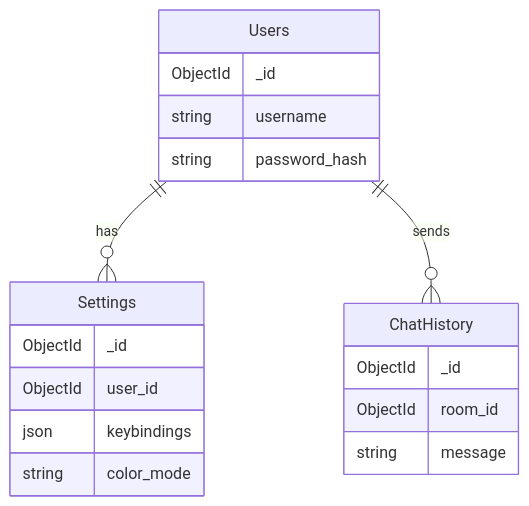
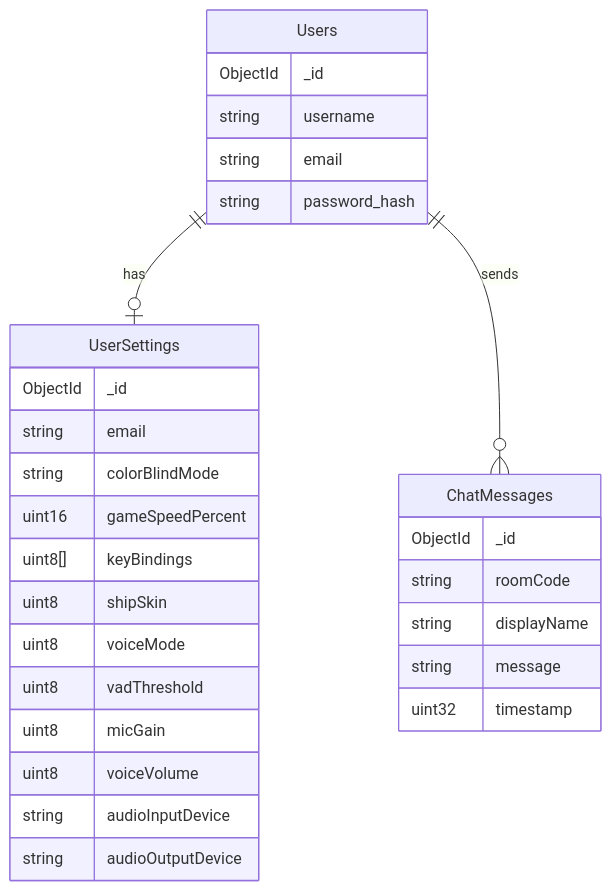
The diagram in docs/configuration/serveur.md (ChrisG-L/rtype), drawn with Mermaid before and after one commit. The commit also changed other lines of this file and 29 other files, not shown here.

````diff
--- a/docs/configuration/serveur.md
+++ b/docs/configuration/serveur.md
@@ -60,22 +59,33 @@
 ```mermaid
 erDiagram
     Users {
         ObjectId _id
         string username
+        string email
         string password_hash
     }
-    Settings {
+    UserSettings {
         ObjectId _id
-        ObjectId user_id
-        json keybindings
-        string color_mode
+        string email
+        string colorBlindMode
+        uint16 gameSpeedPercent
+        uint8[] keyBindings
+        uint8 shipSkin
+        uint8 voiceMode
+        uint8 vadThreshold
+        uint8 micGain
+        uint8 voiceVolume
+        string audioInputDevice
+        string audioOutputDevice
     }
-    ChatHistory {
+    ChatMessages {
         ObjectId _id
-        ObjectId room_id
+        string roomCode
+        string displayName
         string message
+        uint32 timestamp
     }
 
-    Users ||--o{ Settings : has
-    Users ||--o{ ChatHistory : sends
+    Users ||--o| UserSettings : has
+    Users ||--o{ ChatMessages : sends
 ```
````
